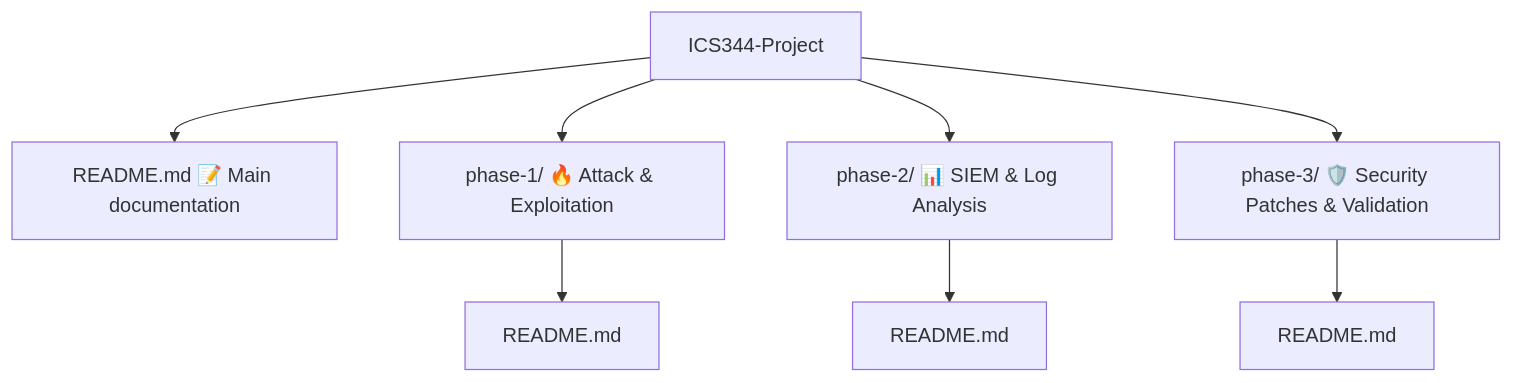
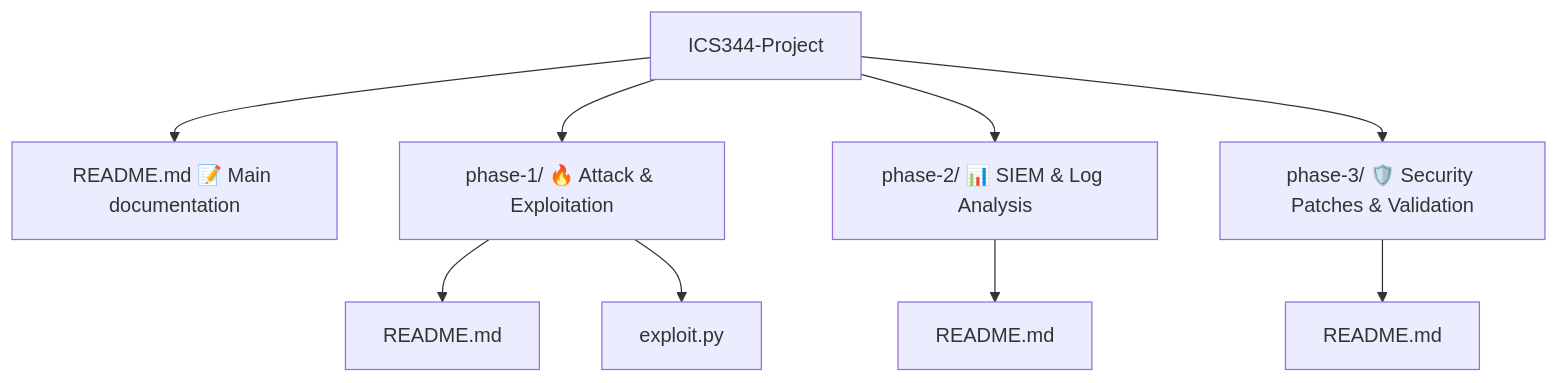
Before and after one commit to Hayder-Aleissa/ICS344-Project: the diagram in readme.md, drawn with Mermaid. The commit also changed other lines of this file, not shown here.

````diff
--- a/readme.md
+++ b/readme.md
@@ -68,15 +69,16 @@
 ```mermaid
 graph TD;
     A[ICS344-Project] --> B[README.md 📝 Main documentation]
     A --> C[phase-1/ 🔥 Attack & Exploitation]
     C --> C1[README.md]
+    C --> C2[exploit.py]
 
     
     A --> D[phase-2/ 📊 SIEM & Log Analysis]
     D --> D1[README.md]
 
 
     A --> E[phase-3/ 🛡️ Security Patches & Validation]
     E --> E1[README.md]
 
 ```
````
